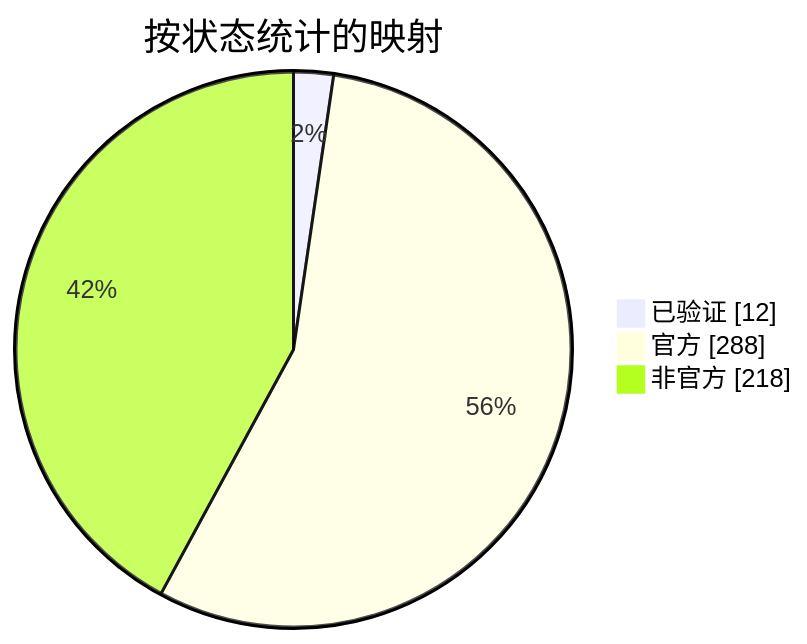
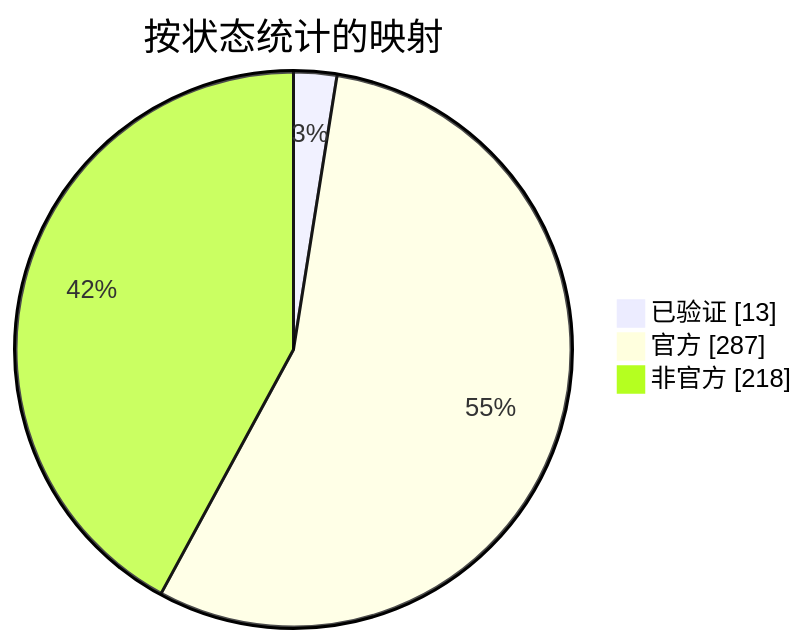
Before and after one commit to nobrega8/mbmap-library: the diagram in docs/readme/README_ZHS.md, drawn with Mermaid. The commit also changed 5 other files, not shown here.

````diff
--- a/docs/readme/README_ZHS.md
+++ b/docs/readme/README_ZHS.md
@@ -54,7 +54,7 @@
 ```mermaid
 pie showData
     title 按状态统计的映射
-    "已验证" : 12
-    "官方" : 288
+    "已验证" : 13
+    "官方" : 287
     "非官方" : 218
 ```
````
